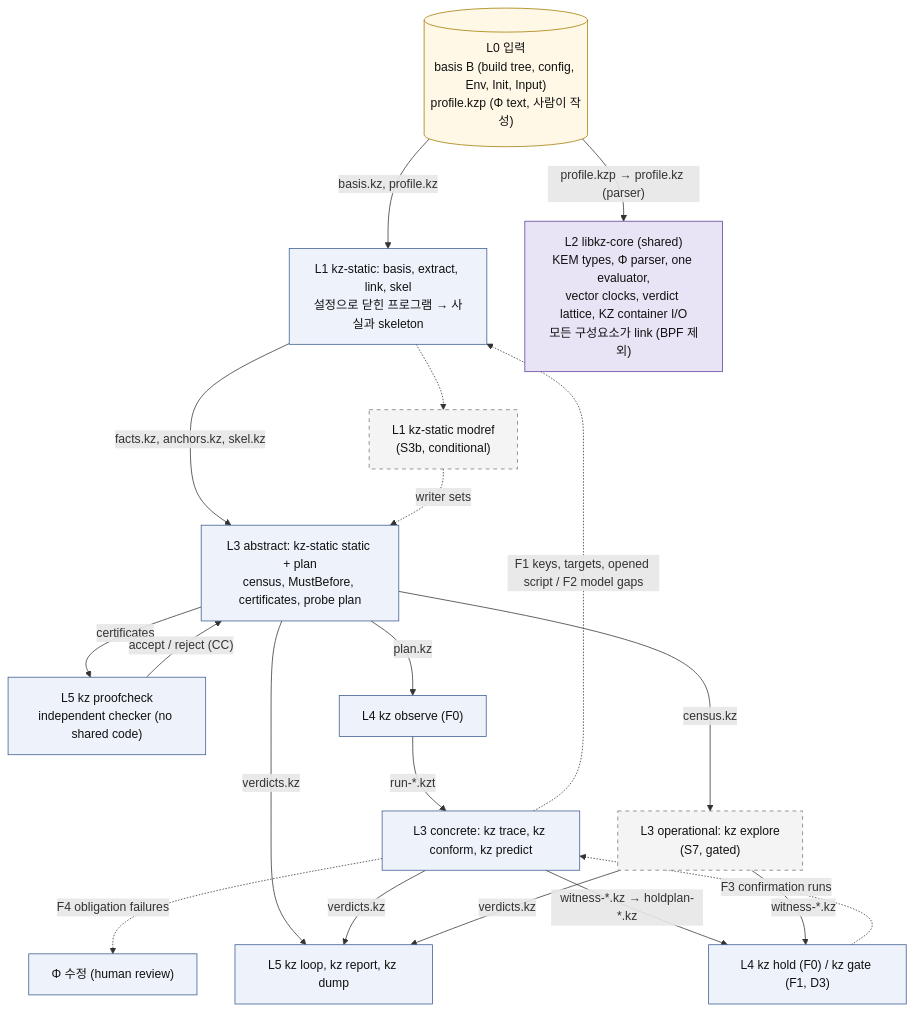
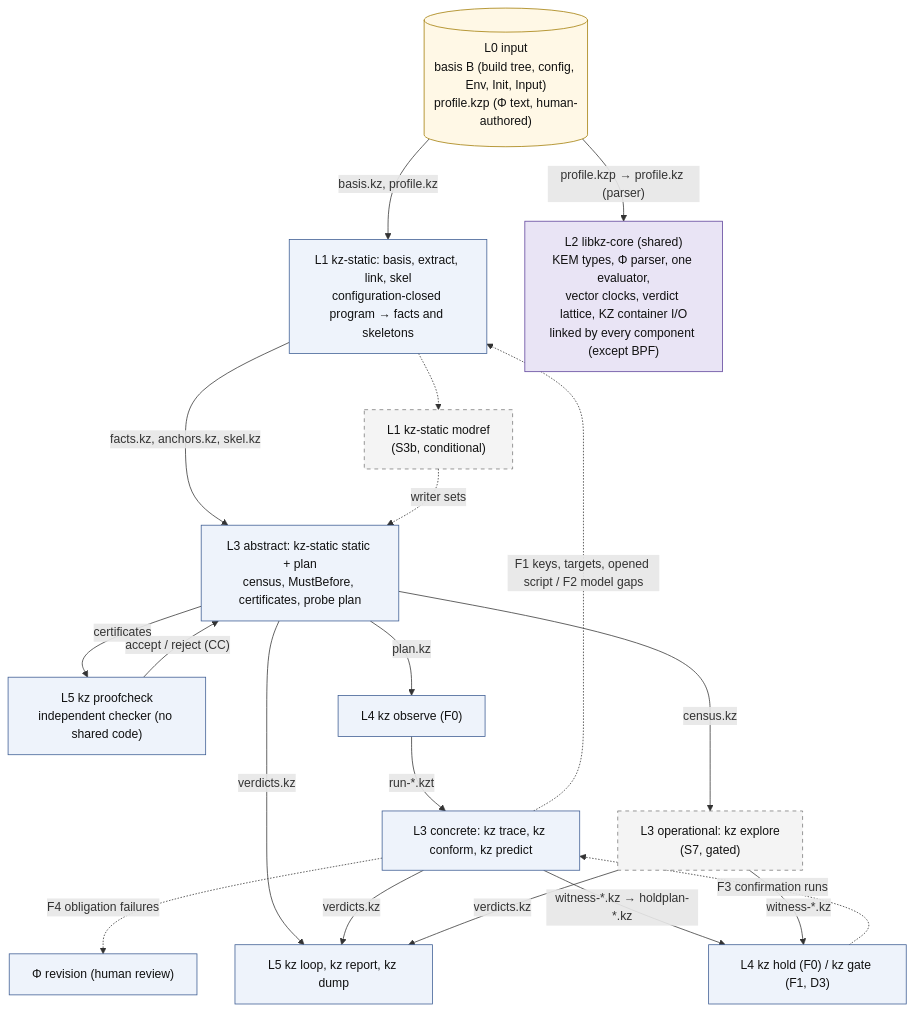
The diagram in research/cfs_procrace/Architecture/diagrams/D2_components_overview.mmd (wookjaeya/Shape-Perf), drawn with Mermaid before and after one commit. The commit also changed 21 other files, not shown here.

First line of the commit message:
Architecture: Korean documents 01-10 checked and fixed (45 issues), 19 rendered diagrams, README index

```diff
--- a/research/cfs_procrace/Architecture/diagrams/D2_components_overview.mmd
+++ b/research/cfs_procrace/Architecture/diagrams/D2_components_overview.mmd
@@ -1,51 +1,51 @@
 flowchart TD
     %% D2 overview - components by layer and the main artifact flow. Source: spec §12 D2; §2.1-2.4.
     %% Detail: D2_components_static_detail.mmd (L1 + abstract interpreter) and
     %%         D2_components_dynamic_detail.mmd (observation, concrete/operational interpreters, confirmation, loop).
     %% Dashed border = conditional or PI-gated component. Dashed edge = feedback path.
 
-    IN[("L0 입력<br/>basis B (build tree, config, Env, Init, Input)<br/>profile.kzp (Φ text, 사람이 작성)")]
+    IN[("L0 input<br/>basis B (build tree, config, Env, Init, Input)<br/>profile.kzp (Φ text, human-authored)")]
 
-    L1["L1 kz-static: basis, extract, link, skel<br/>설정으로 닫힌 프로그램 → 사실과 skeleton"]
+    L1["L1 kz-static: basis, extract, link, skel<br/>configuration-closed program → facts and skeletons"]
     MR["L1 kz-static modref<br/>(S3b, conditional)"]
-    CORE["L2 libkz-core (shared)<br/>KEM types, Φ parser, one evaluator,<br/>vector clocks, verdict lattice, KZ container I/O<br/>모든 구성요소가 link (BPF 제외)"]
+    CORE["L2 libkz-core (shared)<br/>KEM types, Φ parser, one evaluator,<br/>vector clocks, verdict lattice, KZ container I/O<br/>linked by every component (except BPF)"]
 
     STAT["L3 abstract: kz-static static + plan<br/>census, MustBefore, certificates, probe plan"]
     PCK["L5 kz proofcheck<br/>independent checker (no shared code)"]
 
     OBS["L4 kz observe (F0)"]
     TRC["L3 concrete: kz trace, kz conform, kz predict"]
     EXP["L3 operational: kz explore<br/>(S7, gated)"]
     CNF["L4 kz hold (F0) / kz gate (F1, D3)"]
 
     OUT["L5 kz loop, kz report, kz dump"]
 
     IN -->|"basis.kz, profile.kz"| L1
     L1 -->|"facts.kz, anchors.kz, skel.kz"| STAT
     L1 -.-> MR
     MR -.->|"writer sets"| STAT
     STAT -->|"certificates"| PCK
     PCK -->|"accept / reject (CC)"| STAT
     STAT -->|"plan.kz"| OBS
     OBS -->|"run-*.kzt"| TRC
     STAT -->|"census.kz"| EXP
     TRC -->|"witness-*.kz → holdplan-*.kz"| CNF
     EXP -->|"witness-*.kz"| CNF
     STAT -->|"verdicts.kz"| OUT
     TRC -->|"verdicts.kz"| OUT
     EXP -->|"verdicts.kz"| OUT
 
     CNF -.->|"F3 confirmation runs"| TRC
     TRC -.->|"F1 keys, targets, opened script / F2 model gaps"| L1
-    TRC -.->|"F4 obligation failures"| PHIFIX["Φ 수정 (human review)"]
+    TRC -.->|"F4 obligation failures"| PHIFIX["Φ revision (human review)"]
 
     IN -->|"profile.kzp → profile.kz (parser)"| CORE
 
     classDef comp fill:#eef3fb,stroke:#3b5b92,color:#111
     classDef art fill:#fff8e6,stroke:#a07a00,color:#111
     classDef gated fill:#f4f4f4,stroke:#777,stroke-dasharray:5 5,color:#111
     classDef core fill:#e9e4f5,stroke:#5b3f99,color:#111
     class L1,STAT,PCK,OBS,TRC,CNF,OUT,PHIFIX comp
     class IN art
     class MR,EXP gated
     class CORE core
```
